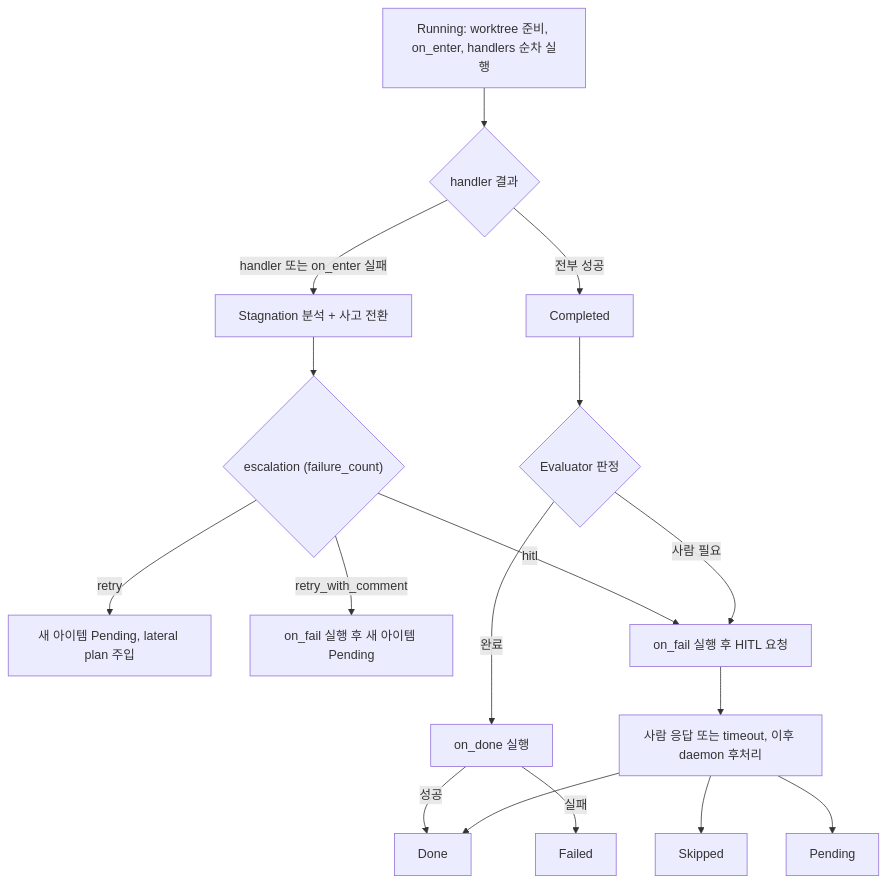
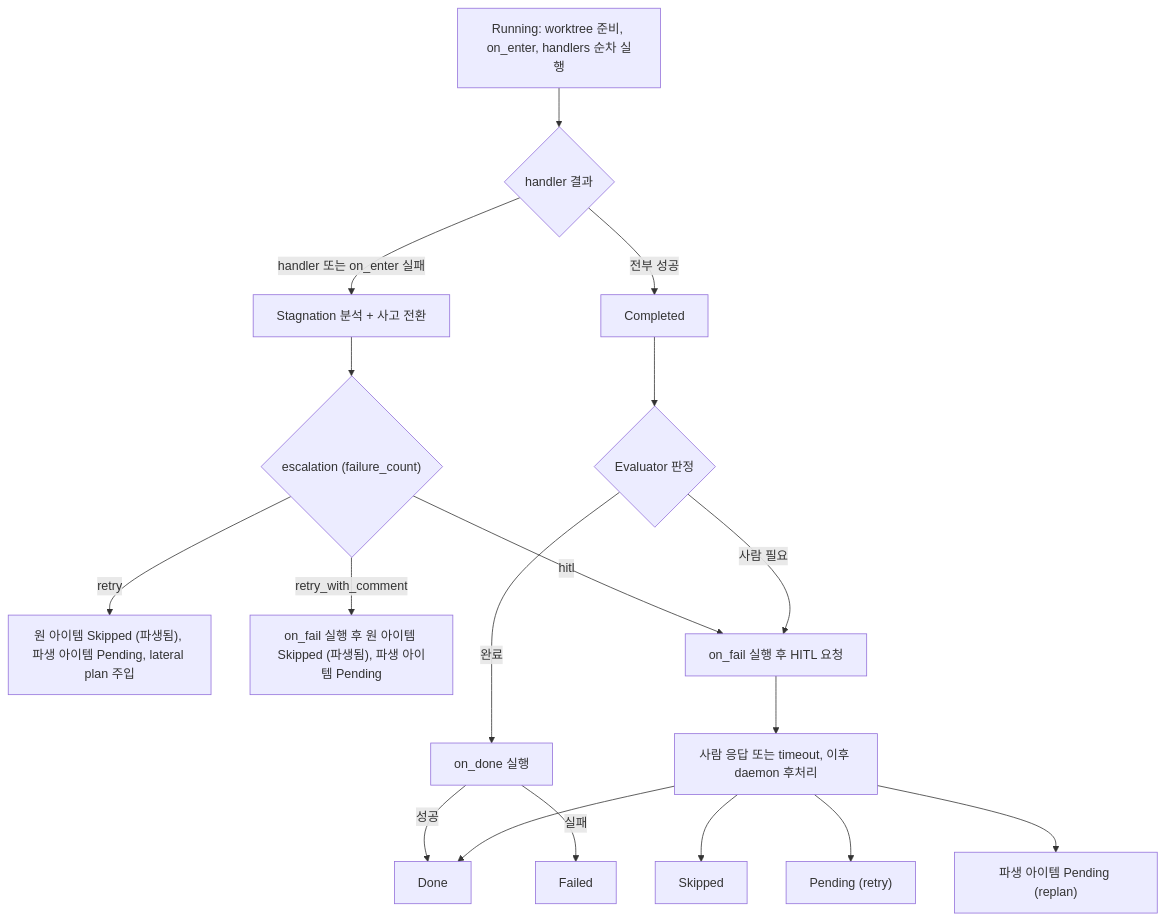
The third of 5 diagrams in spec/DESIGN.md (kys0213/belt), drawn with Mermaid before and after one commit. The commit also changed other lines of this file and 4 other files, not shown here.

First line of the commit message:
docs(spec): align design overview and early flows with spec feature removal

````diff
--- a/spec/DESIGN.md
+++ b/spec/DESIGN.md
@@ -192,19 +189,20 @@
 ```mermaid
 flowchart TD
     R["Running: worktree 준비, on_enter, handlers 순차 실행"] --> S{"handler 결과"}
     S -- "전부 성공" --> C["Completed"]
     S -- "handler 또는 on_enter 실패" --> A["Stagnation 분석 + 사고 전환"]
     A --> F{"escalation (failure_count)"}
-    F -- "retry" --> RT["새 아이템 Pending, lateral plan 주입"]
-    F -- "retry_with_comment" --> RC["on_fail 실행 후 새 아이템 Pending"]
+    F -- "retry" --> RT["원 아이템 Skipped (파생됨), 파생 아이템 Pending, lateral plan 주입"]
+    F -- "retry_with_comment" --> RC["on_fail 실행 후 원 아이템 Skipped (파생됨), 파생 아이템 Pending"]
     F -- "hitl" --> H["on_fail 실행 후 HITL 요청"]
     C --> E{"Evaluator 판정"}
     E -- "완료" --> OD["on_done 실행"]
     E -- "사람 필요" --> H
     OD -- "성공" --> D["Done"]
     OD -- "실패" --> FL["Failed"]
     H --> HR["사람 응답 또는 timeout, 이후 daemon 후처리"]
     HR --> D
     HR --> SK["Skipped"]
-    HR --> PE["Pending"]
+    HR --> PE["Pending (retry)"]
+    HR --> PD["파생 아이템 Pending (replan)"]
 ```
````
